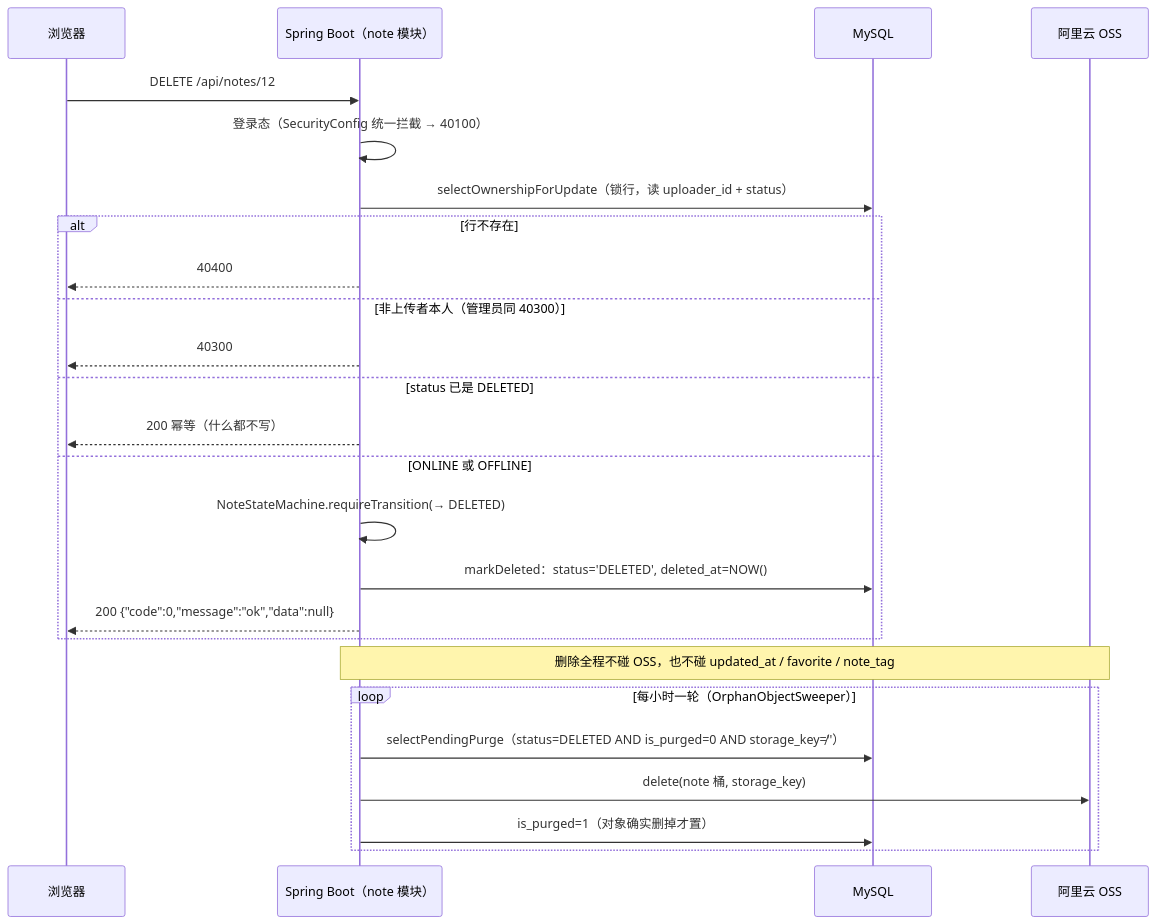
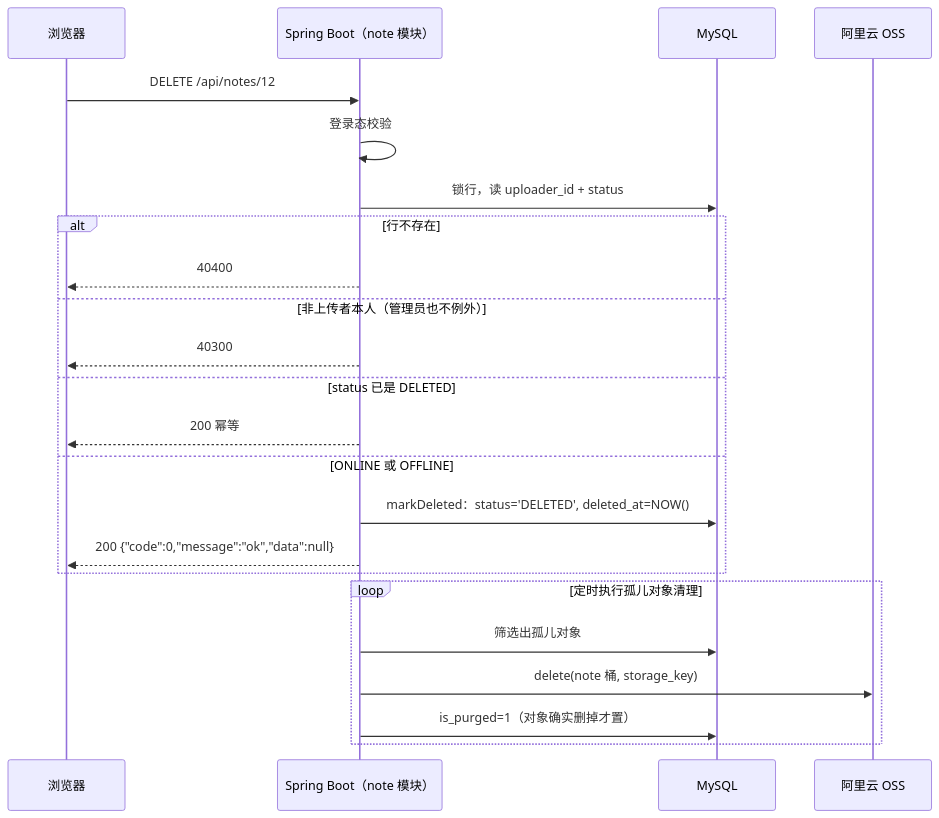
One commit to ShiwarHoufu/jotang-note changed the diagram in docs/功能说明/note/笔记删除.md. Above: the diagram before and after it, drawn with Mermaid. The commit also changed other lines of this file and 11 other files, not shown here.

````diff
--- a/docs/功能说明/note/笔记删除.md
+++ b/docs/功能说明/note/笔记删除.md
@@ -22,29 +21,27 @@
 ```mermaid
 sequenceDiagram
     participant U as 浏览器
     participant A as Spring Boot（note 模块）
     participant D as MySQL
     participant O as 阿里云 OSS
 
     U->>A: DELETE /api/notes/12
-    A->>A: 登录态（SecurityConfig 统一拦截 → 40100）
-    A->>D: selectOwnershipForUpdate（锁行，读 uploader_id + status）
+    A->>A: 登录态校验
+    A->>D: 锁行，读 uploader_id + status
     alt 行不存在
         A-->>U: 40400
-    else 非上传者本人（管理员同 40300）
+    else 非上传者本人（管理员也不例外）
         A-->>U: 40300
     else status 已是 DELETED
-        A-->>U: 200 幂等（什么都不写）
+        A-->>U: 200 幂等
     else ONLINE 或 OFFLINE
-        A->>A: NoteStateMachine.requireTransition(→ DELETED)
         A->>D: markDeleted：status='DELETED', deleted_at=NOW()
         A-->>U: 200 {"code":0,"message":"ok","data":null}
     end
-    Note over A,O: 删除全程不碰 OSS，也不碰 updated_at / favorite / note_tag
 
-    loop 每小时一轮（OrphanObjectSweeper）
-        A->>D: selectPendingPurge（status=DELETED AND is_purged=0 AND storage_key≠''）
+    loop 定时执行孤儿对象清理
+        A->>D: 筛选出孤儿对象
         A->>O: delete(note 桶, storage_key)
         A->>D: is_purged=1（对象确实删掉才置）
     end
 ```
````
